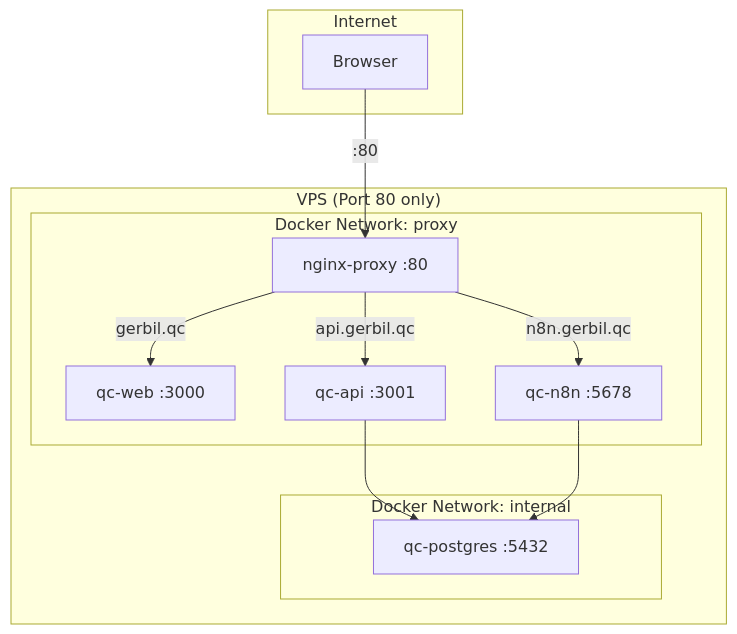
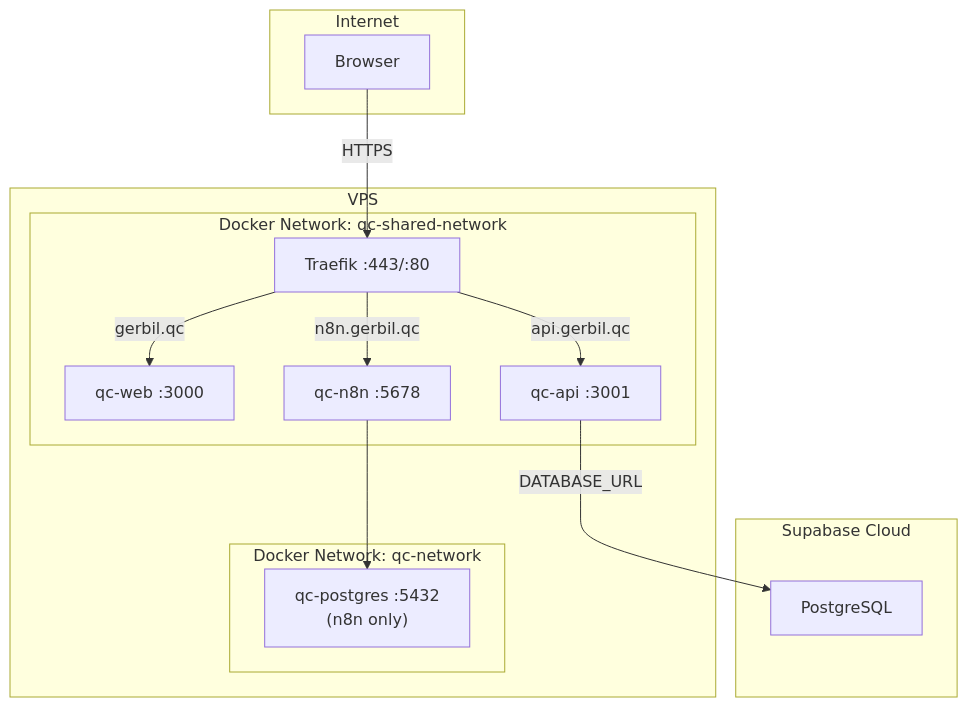
Before and after one commit to Gebrilo/QC-Manager: the diagram in AGENTS.md, drawn with Mermaid. The commit also changed other lines of this file and 102 other files, not shown here.

````diff
--- a/AGENTS.md
+++ b/AGENTS.md
@@ -44,23 +38,26 @@
 ```mermaid
 flowchart TB
     subgraph Internet
         Browser
     end
-    subgraph VPS["VPS (Port 80 only)"]
-        subgraph proxy_net["Docker Network: proxy"]
-            nginx[nginx-proxy :80]
-            web[qc-web :3000]
-            api[qc-api :3001]
-            n8n[qc-n8n :5678]
+    subgraph VPS["VPS"]
+        subgraph shared_net["Docker Network: qc-shared-network"]
+            traefik["Traefik :443/:80"]
+            web["qc-web :3000"]
+            api["qc-api :3001"]
+            n8n["qc-n8n :5678"]
         end
-        subgraph internal_net["Docker Network: internal"]
-            pg[qc-postgres :5432]
+        subgraph internal_net["Docker Network: qc-network"]
+            pg["qc-postgres :5432<br/>(n8n only)"]
         end
     end
-    Browser -->|:80| nginx
-    nginx -->|gerbil.qc| web
-    nginx -->|api.gerbil.qc| api
-    nginx -->|n8n.gerbil.qc| n8n
-    api --> pg
+    subgraph Cloud["Supabase Cloud"]
+        supabase_db["PostgreSQL"]
+    end
+    Browser -->|HTTPS| traefik
+    traefik -->|gerbil.qc| web
+    traefik -->|api.gerbil.qc| api
+    traefik -->|n8n.gerbil.qc| n8n
+    api -->|DATABASE_URL| supabase_db
     n8n --> pg
 ```
````
